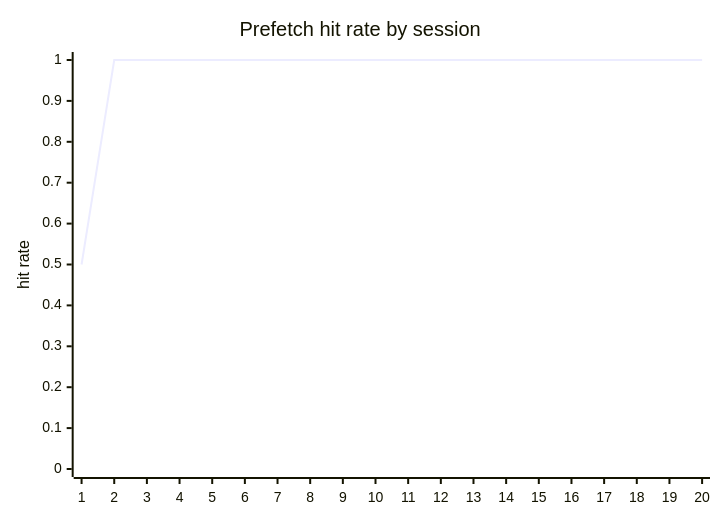
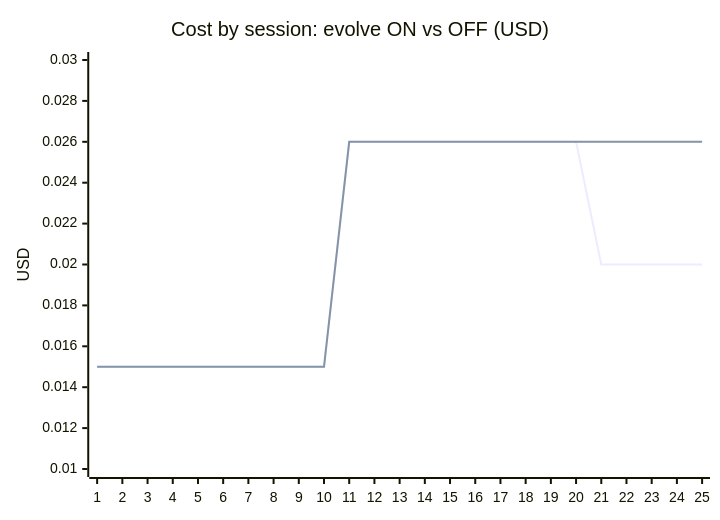
One commit to Allenllii/semantix changed the first of 2 diagrams in docs/reports/agile2-evolution-curve.md. Above: the diagram before and after it, drawn with Mermaid. The commit also changed other lines of this file and 5 other files, not shown here.

First line of the commit message:
feat(u43): rebase 闭环接线到 main + 因果对照实验（evolve on/off）

````diff
--- a/docs/reports/agile2-evolution-curve.md
+++ b/docs/reports/agile2-evolution-curve.md
@@ -24,7 +32,8 @@
 ```mermaid
 xychart-beta
-  title "Prefetch hit rate by session"
-  x-axis [1,2,3,4,5,6,7,8,9,10,11,12,13,14,15,16,17,18,19,20]
-  y-axis "hit rate" 0 --> 1
-  line [0.500,1.000,1.000,1.000,1.000,1.000,1.000,1.000,1.000,1.000,1.000,1.000,1.000,1.000,1.000,1.000,1.000,1.000,1.000,1.000]
+  title "Cost by session: evolve ON vs OFF (USD)"
+  x-axis [1,2,3,4,5,6,7,8,9,10,11,12,13,14,15,16,17,18,19,20,21,22,23,24,25]
+  y-axis "USD" 0.010 --> 0.030
+  line [0.015,0.015,0.015,0.015,0.015,0.015,0.015,0.015,0.015,0.015,0.026,0.026,0.026,0.026,0.026,0.026,0.026,0.026,0.026,0.026,0.020,0.020,0.020,0.020,0.020]
+  line [0.015,0.015,0.015,0.015,0.015,0.015,0.015,0.015,0.015,0.015,0.026,0.026,0.026,0.026,0.026,0.026,0.026,0.026,0.026,0.026,0.026,0.026,0.026,0.026,0.026]
 ```
````
